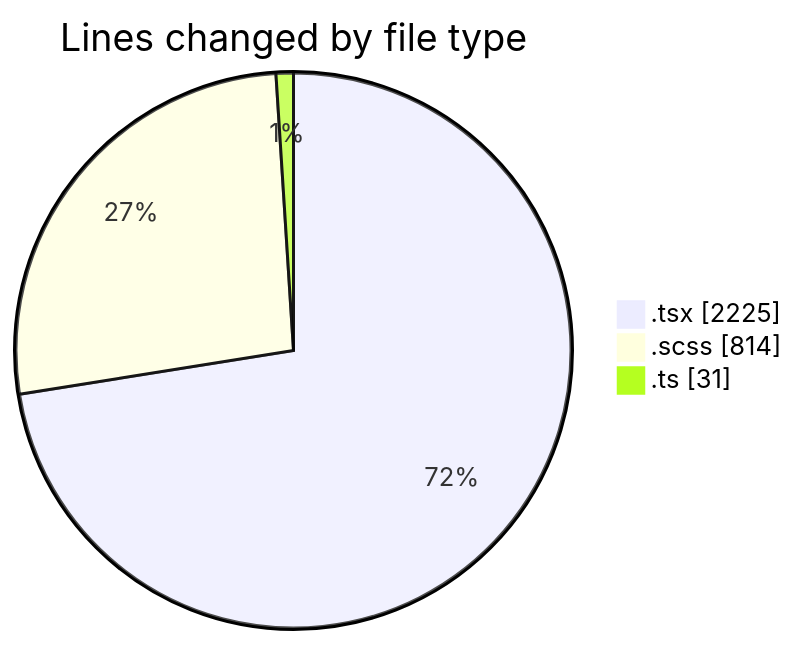
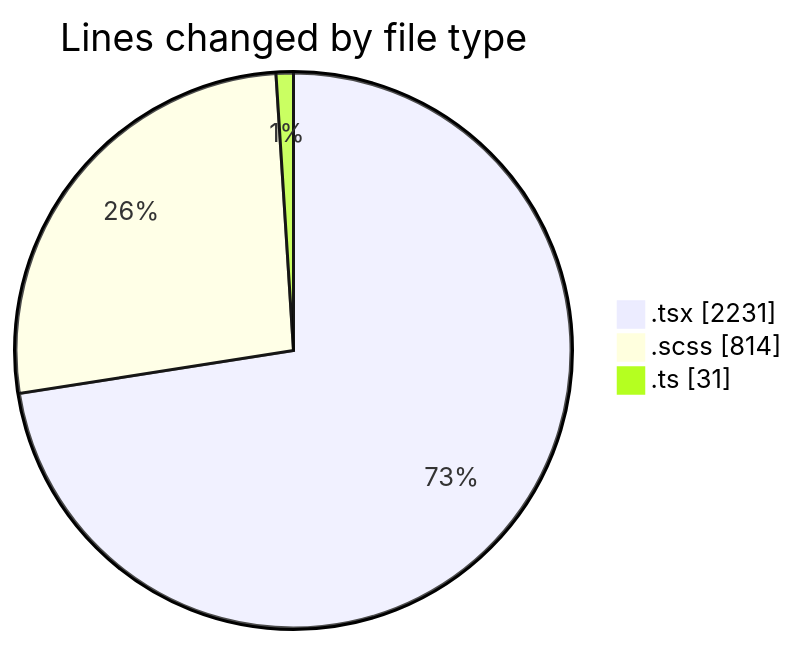
Before and after one commit to momahboobian/code-tracking: the first of 2 diagrams in 2025-04-07/cda/README.md, drawn with Mermaid. The commit also changed other lines of this file and 1 other file, not shown here.

````diff
--- a/2025-04-07/cda/README.md
+++ b/2025-04-07/cda/README.md
@@ -32,7 +32,7 @@
 ```mermaid
 pie showData
 title Lines changed by file type
-".tsx" : 2225
+".tsx" : 2231
 ".scss" : 814
 ".ts" : 31
 ```
````
